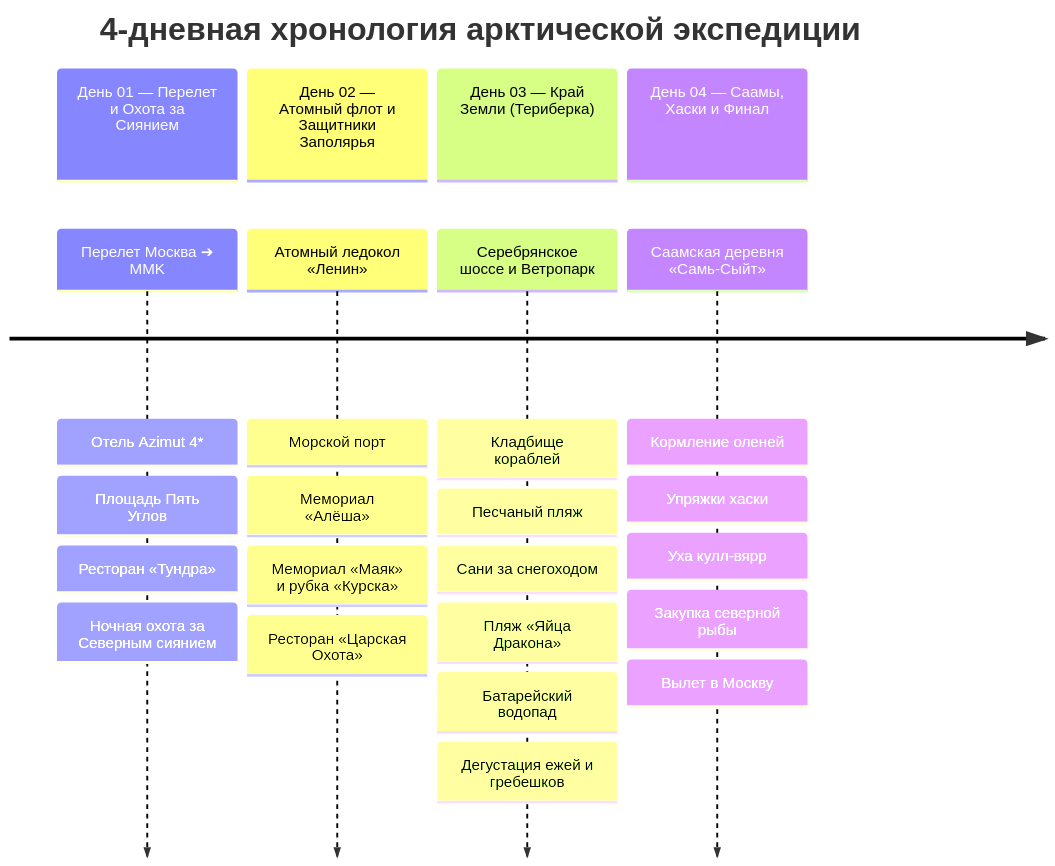
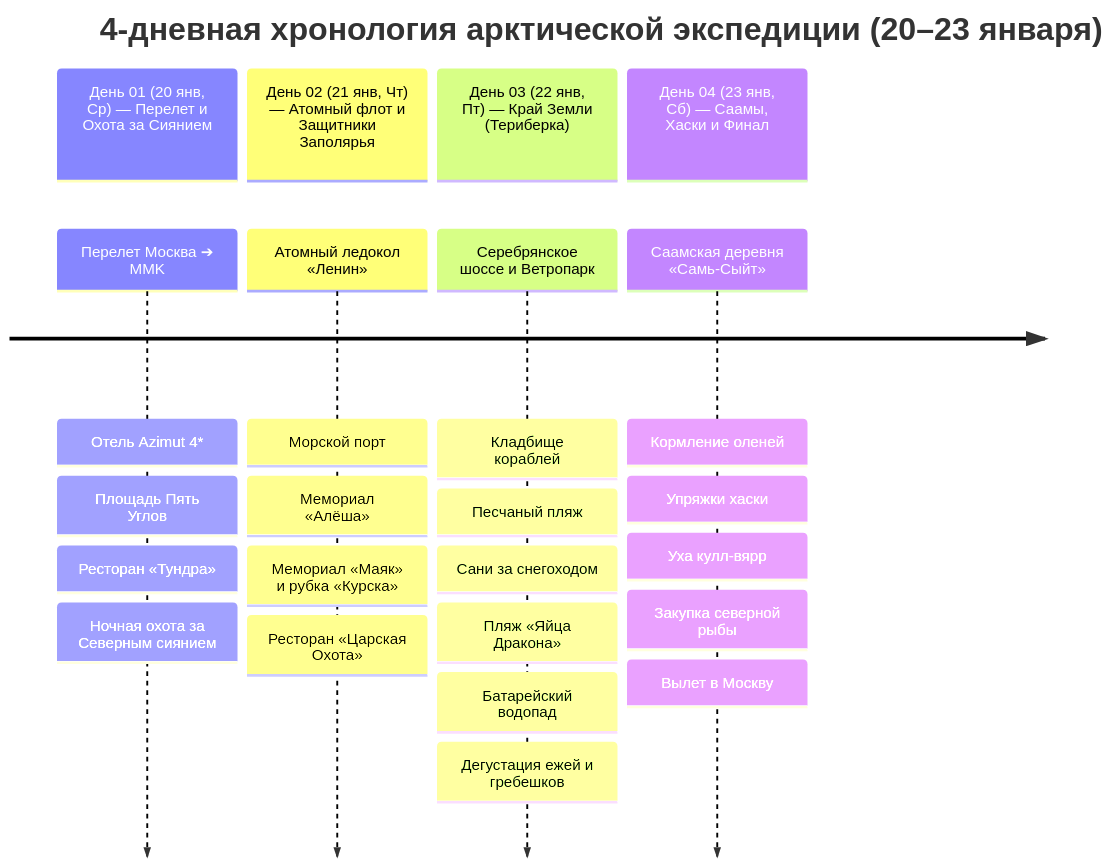
The diagram in Personal Note/Travel/-- Murmansk/02 - Маршрутный план/Маршрутный план.md (injurka/obsidian-mark), drawn with Mermaid before and after one commit. The commit also changed other lines of this file and 80 other files, not shown here.

````diff
--- a/Personal Note/Travel/-- Murmansk/02 - Маршрутный план/Маршрутный план.md
+++ b/Personal Note/Travel/-- Murmansk/02 - Маршрутный план/Маршрутный план.md
@@ -9,12 +9,12 @@
 ```mermaid
 timeline
-    title 4-дневная хронология арктической экспедиции
-    section День 01 — Перелет и Охота за Сиянием
+    title 4-дневная хронология арктической экспедиции (20–23 января)
+    section День 01 (20 янв, Ср) — Перелет и Охота за Сиянием
         Перелет Москва ➔ MMK : Отель Azimut 4* : Площадь Пять Углов : Ресторан «Тундра» : Ночная охота за Северным сиянием
-    section День 02 — Атомный флот и Защитники Заполярья
+    section День 02 (21 янв, Чт) — Атомный флот и Защитники Заполярья
         Атомный ледокол «Ленин» : Морской порт : Мемориал «Алёша» : Мемориал «Маяк» и рубка «Курска» : Ресторан «Царская Охота»
-    section День 03 — Край Земли (Териберка)
+    section День 03 (22 янв, Пт) — Край Земли (Териберка)
         Серебрянское шоссе и Ветропарк : Кладбище кораблей : Песчаный пляж : Сани за снегоходом : Пляж «Яйца Дракона» : Батарейский водопад : Дегустация ежей и гребешков
-    section День 04 — Саамы, Хаски и Финал
+    section День 04 (23 янв, Сб) — Саамы, Хаски и Финал
         Саамская деревня «Самь-Сыйт» : Кормление оленей : Упряжки хаски : Уха кулл-вярр : Закупка северной рыбы : Вылет в Москву
 ```
````
